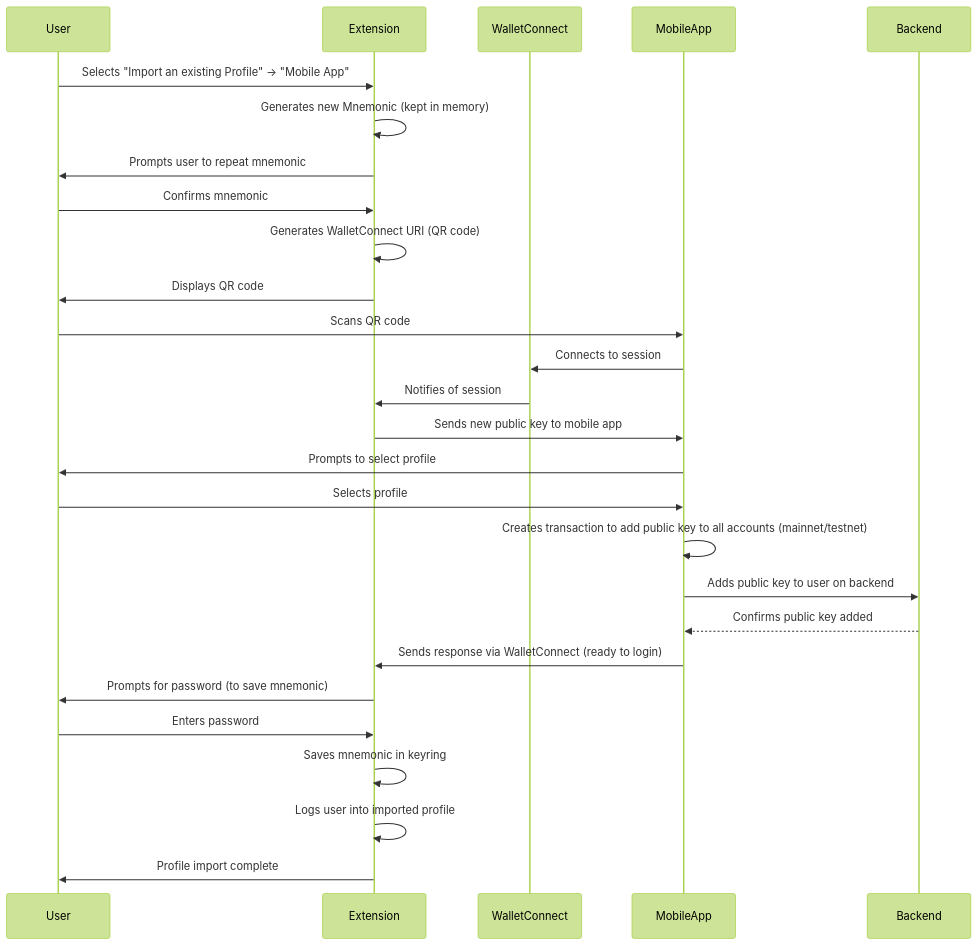
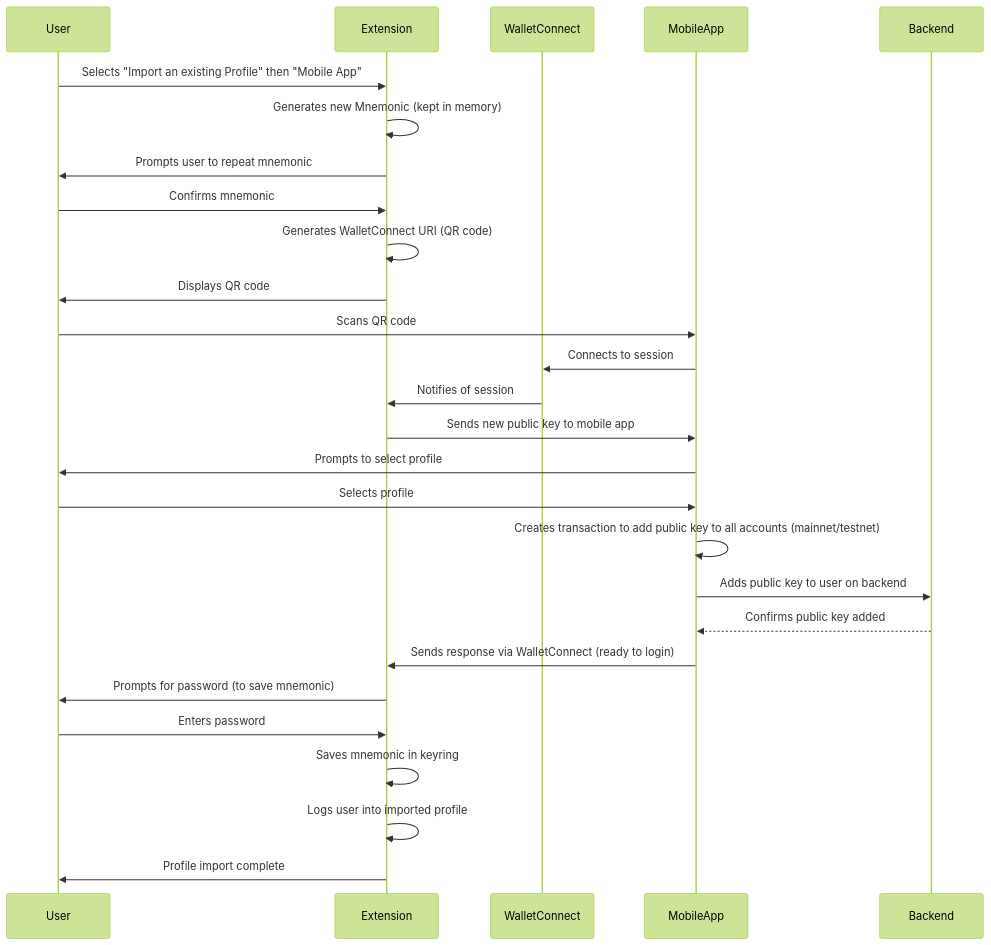
One commit to onflow/FRW-monorepo changed the diagram in docs/import-from-mobile.md. Above: the diagram before and after it, drawn with Mermaid (forest theme). The commit also changed other lines of this file, not shown here.

Commit message:
Removed invalid chararters from mermaid diagram
Closes #1105

````diff
--- a/docs/import-from-mobile.md
+++ b/docs/import-from-mobile.md
@@ -40,30 +40,30 @@
 ```mermaid
 sequenceDiagram
-    participant User
-    participant Extension
-    participant WalletConnect
-    participant MobileApp
-    participant Backend
+  participant User
+  participant Extension
+  participant WalletConnect
+  participant MobileApp
+  participant Backend
 
-    User->>Extension: Selects "Import an existing Profile" → "Mobile App"
-    Extension->>Extension: Generates new Mnemonic (kept in memory)
-    Extension->>User: Prompts user to repeat mnemonic
-    User->>Extension: Confirms mnemonic
-    Extension->>Extension: Generates WalletConnect URI (QR code)
-    Extension->>User: Displays QR code
-    User->>MobileApp: Scans QR code
-    MobileApp->>WalletConnect: Connects to session
-    WalletConnect->>Extension: Notifies of session
-    Extension->>MobileApp: Sends new public key to mobile app
-    MobileApp->>User: Prompts to select profile
-    User->>MobileApp: Selects profile
-    MobileApp->>MobileApp: Creates transaction to add public key to all accounts (mainnet/testnet)
-    MobileApp->>Backend: Adds public key to user on backend
-    Backend-->>MobileApp: Confirms public key added
-    MobileApp->>Extension: Sends response via WalletConnect (ready to login)
-    Extension->>User: Prompts for password (to save mnemonic)
-    User->>Extension: Enters password
-    Extension->>Extension: Saves mnemonic in keyring
-    Extension->>Extension: Logs user into imported profile
-    Extension->>User: Profile import complete
+  User->>Extension: Selects "Import an existing Profile" then "Mobile App"
+  Extension->>Extension: Generates new Mnemonic (kept in memory)
+  Extension->>User: Prompts user to repeat mnemonic
+  User->>Extension: Confirms mnemonic
+  Extension->>Extension: Generates WalletConnect URI (QR code)
+  Extension->>User: Displays QR code
+  User->>MobileApp: Scans QR code
+  MobileApp->>WalletConnect: Connects to session
+  WalletConnect->>Extension: Notifies of session
+  Extension->>MobileApp: Sends new public key to mobile app
+  MobileApp->>User: Prompts to select profile
+  User->>MobileApp: Selects profile
+  MobileApp->>MobileApp: Creates transaction to add public key to all accounts (mainnet/testnet)
+  MobileApp->>Backend: Adds public key to user on backend
+  Backend-->>MobileApp: Confirms public key added
+  MobileApp->>Extension: Sends response via WalletConnect (ready to login)
+  Extension->>User: Prompts for password (to save mnemonic)
+  User->>Extension: Enters password
+  Extension->>Extension: Saves mnemonic in keyring
+  Extension->>Extension: Logs user into imported profile
+  Extension->>User: Profile import complete
 ```
````
